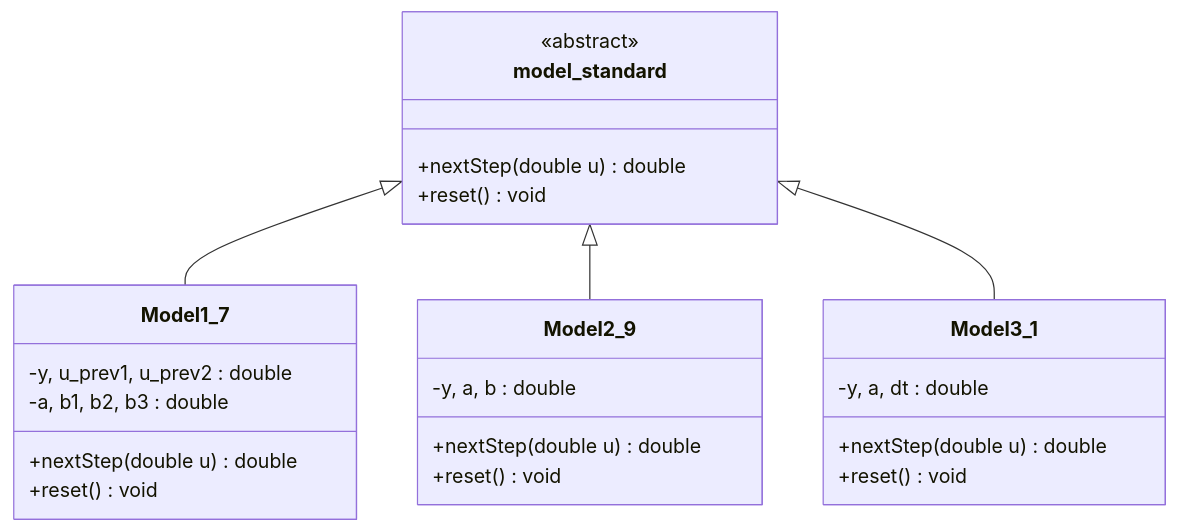
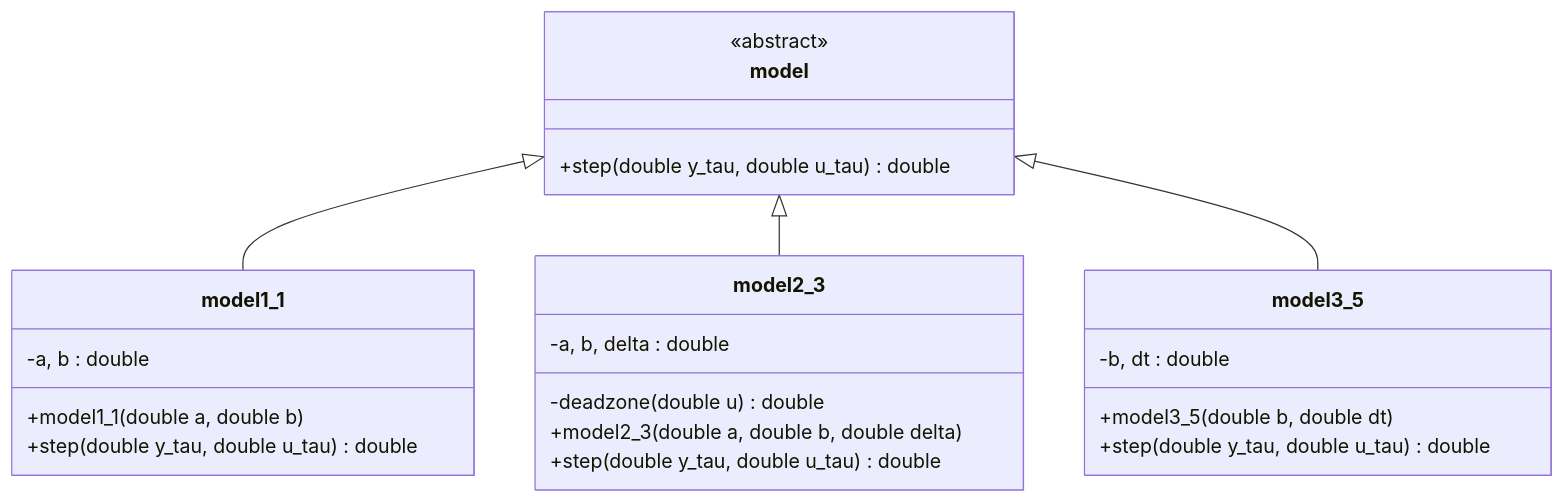
One commit to brstu/OTIS-2026 changed the diagram in trunk/ii02901/task_01/doc/README.md. Above: the diagram before and after it, drawn with Mermaid. The commit also changed other lines of this file, not shown here.

````diff
--- a/trunk/ii02901/task_01/doc/README.md
+++ b/trunk/ii02901/task_01/doc/README.md
@@ -122,31 +140,30 @@
 ```mermaid
 classDiagram
-    class model_standard {
+    class model {
         <<abstract>>
-        +nextStep(double u) double
-        +reset() void
+        +step(double y_tau, double u_tau) double
     }
 
-    class Model1_7 {
-        -y, u_prev1, u_prev2 : double
-        -a, b1, b2, b3 : double
-        +nextStep(double u) double
-        +reset() void
+    class model1_1 {
+        -a, b : double
+        +model1_1(double a, double b)
+        +step(double y_tau, double u_tau) double
     }
 
-    class Model2_9 {
-        -y, a, b : double
-        +nextStep(double u) double
-        +reset() void
+    class model2_3 {
+        -a, b, delta : double
+        -deadzone(double u) double
+        +model2_3(double a, double b, double delta)
+        +step(double y_tau, double u_tau) double
     }
 
-    class Model3_1 {
-        -y, a, dt : double
-        +nextStep(double u) double
-        +reset() void
+    class model3_5 {
+        -b, dt : double
+        +model3_5(double b, double dt)
+        +step(double y_tau, double u_tau) double
     }
 
-    model_standard <|-- Model1_7
-    model_standard <|-- Model2_9
-    model_standard <|-- Model3_1
+    model <|-- model1_1
+    model <|-- model2_3
+    model <|-- model3_5
 ```
````
